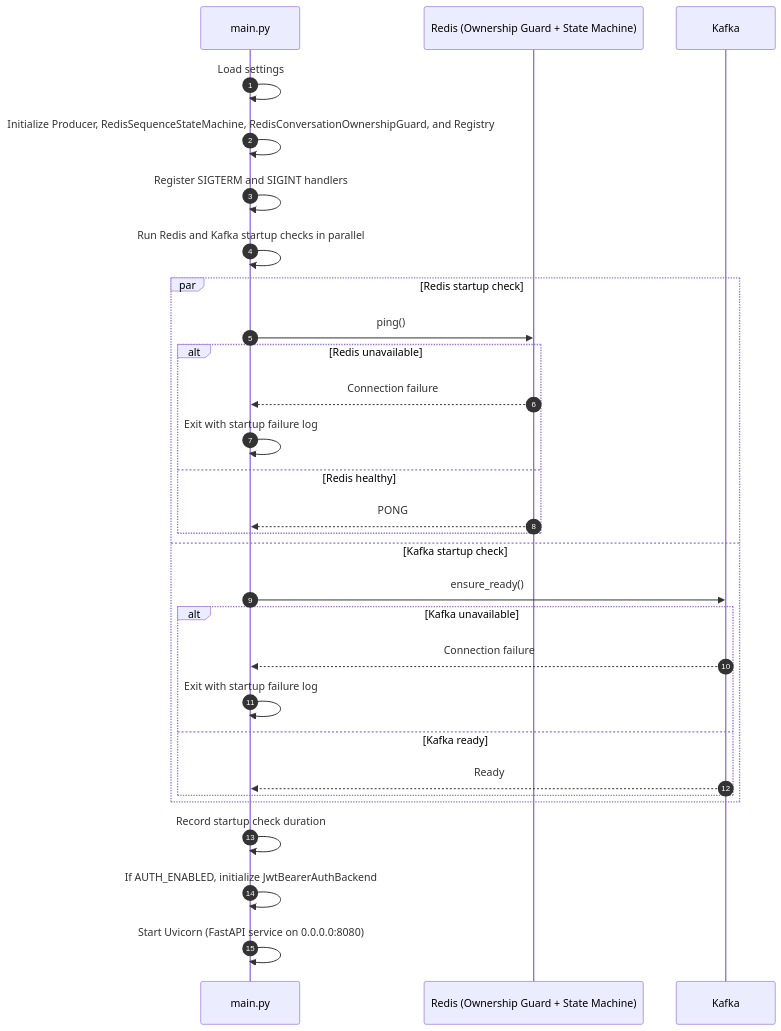
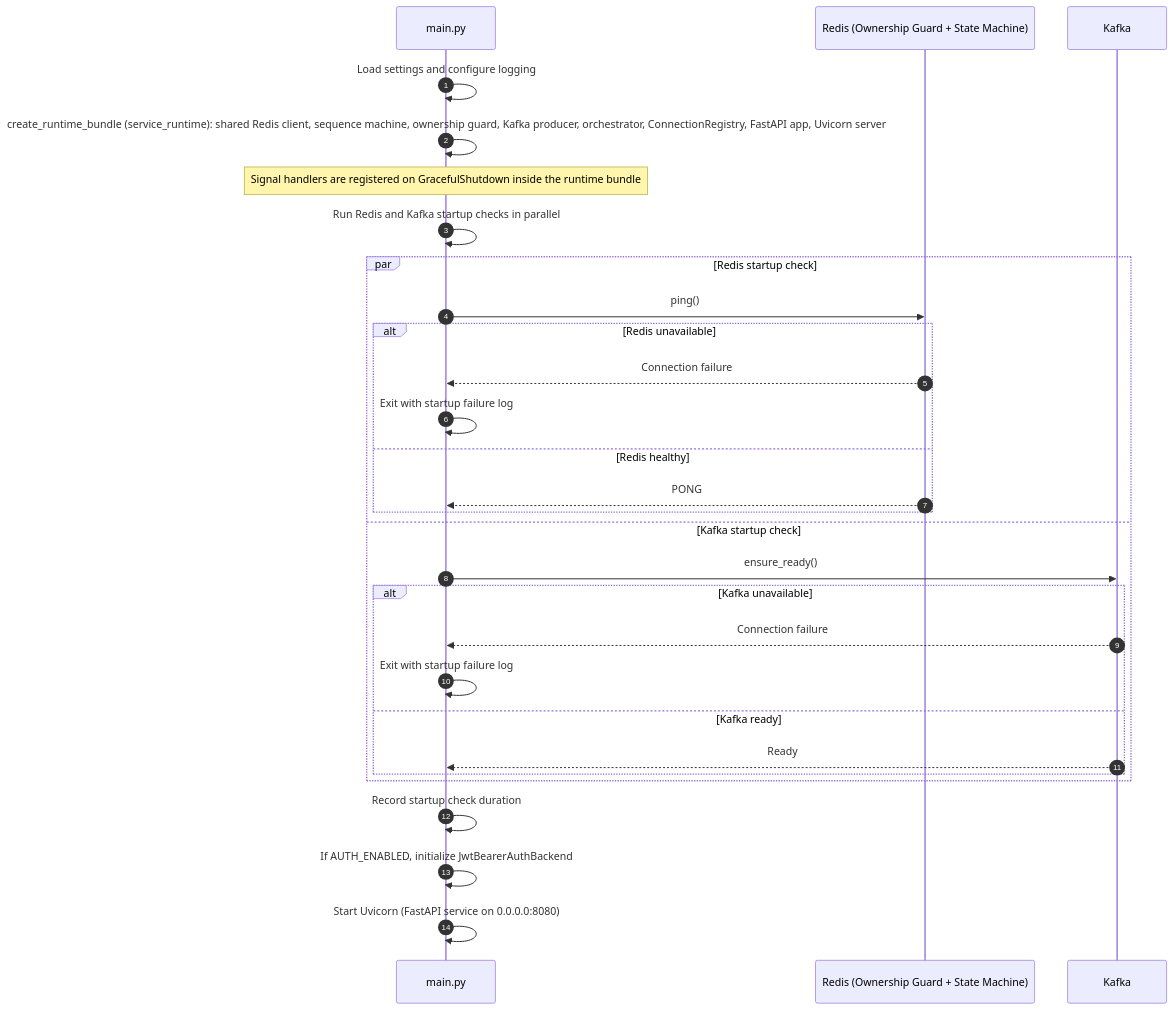
One commit to xiaodouya001/transcribe_service changed the second of 6 diagrams in docs/design/app-design.md. Above: the diagram before and after it, drawn with Mermaid. The commit also changed other lines of this file and 42 other files, not shown here.

````diff
--- a/docs/design/app-design.md
+++ b/docs/design/app-design.md
@@ -74,34 +74,34 @@
 ```mermaid
 sequenceDiagram
     autonumber
     participant Main as main.py
     participant RedisCore as Redis (Ownership Guard + State Machine)
     participant Kafka as Kafka
 
-    Main->>Main: Load settings
-    Main->>Main: Initialize Producer, RedisSequenceStateMachine, RedisConversationOwnershipGuard, and Registry
-    Main->>Main: Register SIGTERM and SIGINT handlers
+    Main->>Main: Load settings and configure logging
+    Main->>Main: create_runtime_bundle (service_runtime): shared Redis client, sequence machine, ownership guard, Kafka producer, orchestrator, ConnectionRegistry, FastAPI app, Uvicorn server
+    Note over Main: Signal handlers are registered on GracefulShutdown inside the runtime bundle
 
     Main->>Main: Run Redis and Kafka startup checks in parallel
     par Redis startup check
         Main->>RedisCore: ping()
         alt Redis unavailable
             RedisCore-->>Main: Connection failure
             Main->>Main: Exit with startup failure log
         else Redis healthy
             RedisCore-->>Main: PONG
         end
     and Kafka startup check
         Main->>Kafka: ensure_ready()
         alt Kafka unavailable
             Kafka-->>Main: Connection failure
             Main->>Main: Exit with startup failure log
         else Kafka ready
             Kafka-->>Main: Ready
         end
     end
 
     Main->>Main: Record startup check duration
     Main->>Main: If AUTH_ENABLED, initialize JwtBearerAuthBackend
     Main->>Main: Start Uvicorn (FastAPI service on 0.0.0.0:8080)
 ```
````
